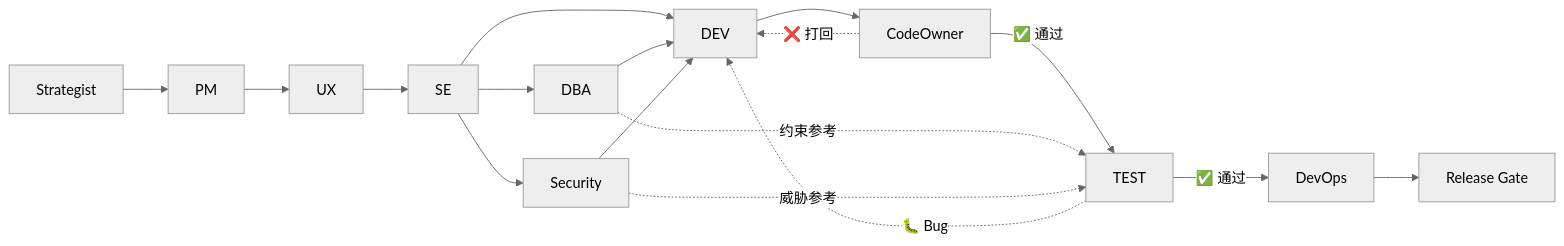
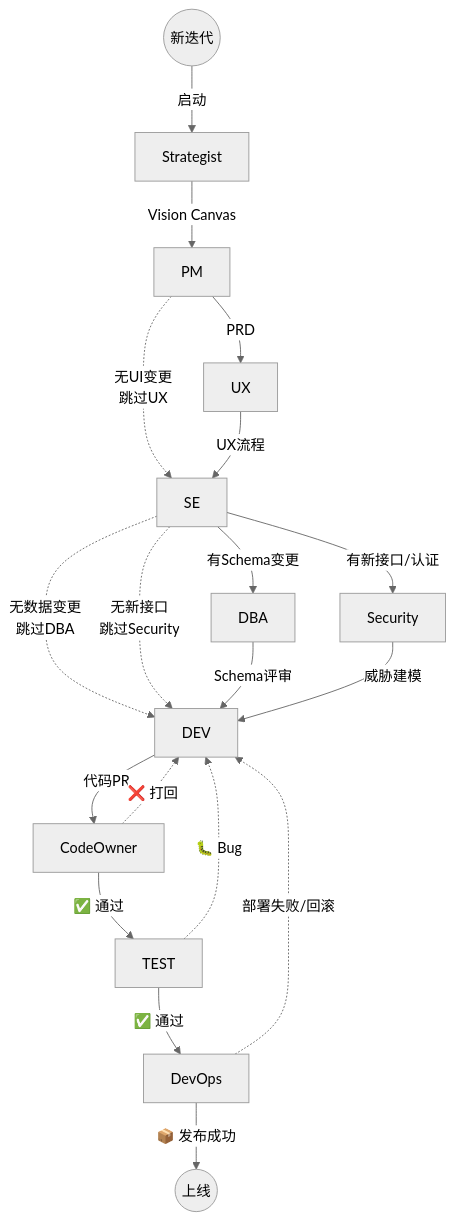
The first of 2 diagrams in docs/ARCHITECTURE.md (vince173/zcode-enterprise-workflow), drawn with Mermaid (neutral theme) before and after one commit. The commit also changed other lines of this file and 1 other file, not shown here.

Commit message:
feat: 工作流图 — 加入跳过决策(UX/DBA/Security) + 三条反馈回路 + 实线必走虚线可选

````diff
--- a/docs/ARCHITECTURE.md
+++ b/docs/ARCHITECTURE.md
@@ -21,22 +21,25 @@
 ```mermaid
-flowchart LR
-    S[Strategist] --> PM --> UX --> SE
-    SE --> DBA
-    SE --> SEC[Security]
-    SE --> DEV
+flowchart TB
+    START((新迭代)) -->|启动| S[Strategist]
+    S -->|Vision Canvas| PM
+    PM -->|PRD| UX
+    PM -.->|无UI变更<br/>跳过UX| SE
+    UX -->|UX流程| SE
+    SE -->|有Schema变更| DBA
+    SE -->|有新接口/认证| SEC[Security]
+    SE -.->|无数据变更<br/>跳过DBA| DEV
+    SE -.->|无新接口<br/>跳过Security| DEV
 
-    DBA --> DEV
-    SEC --> DEV
+    DBA -->|Schema评审| DEV
+    SEC -->|威胁建模| DEV
 
-    DEV --> CO[CodeOwner]
+    DEV -->|代码PR| CO[CodeOwner]
     CO -->|✅ 通过| TEST
     CO -.->|❌ 打回| DEV
-
-    DBA -.->|约束参考| TEST
-    SEC -.->|威胁参考| TEST
 
     TEST -->|✅ 通过| DevOps
     TEST -.->|🐛 Bug| DEV
 
-    DevOps --> Release[Release Gate]
+    DevOps -.->|部署失败/回滚| DEV
+    DevOps -->|📦 发布成功| DONE((上线))
 ```
````
